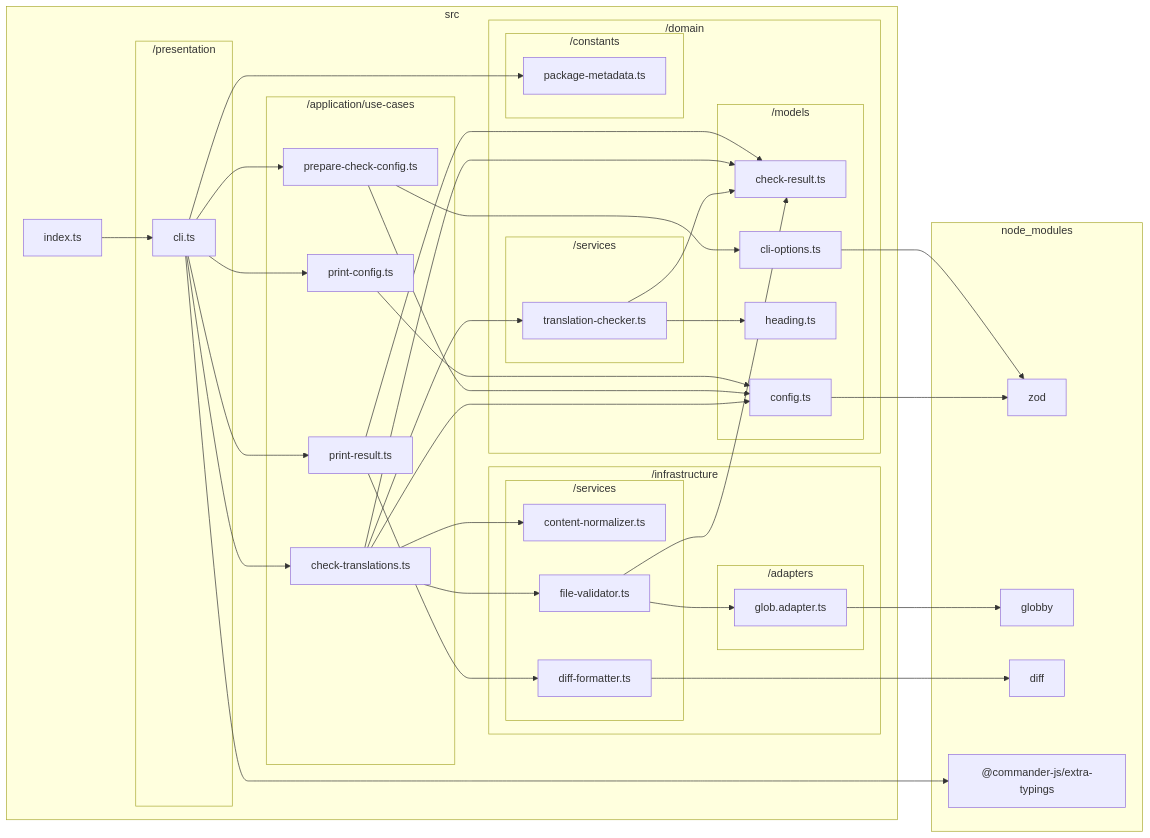
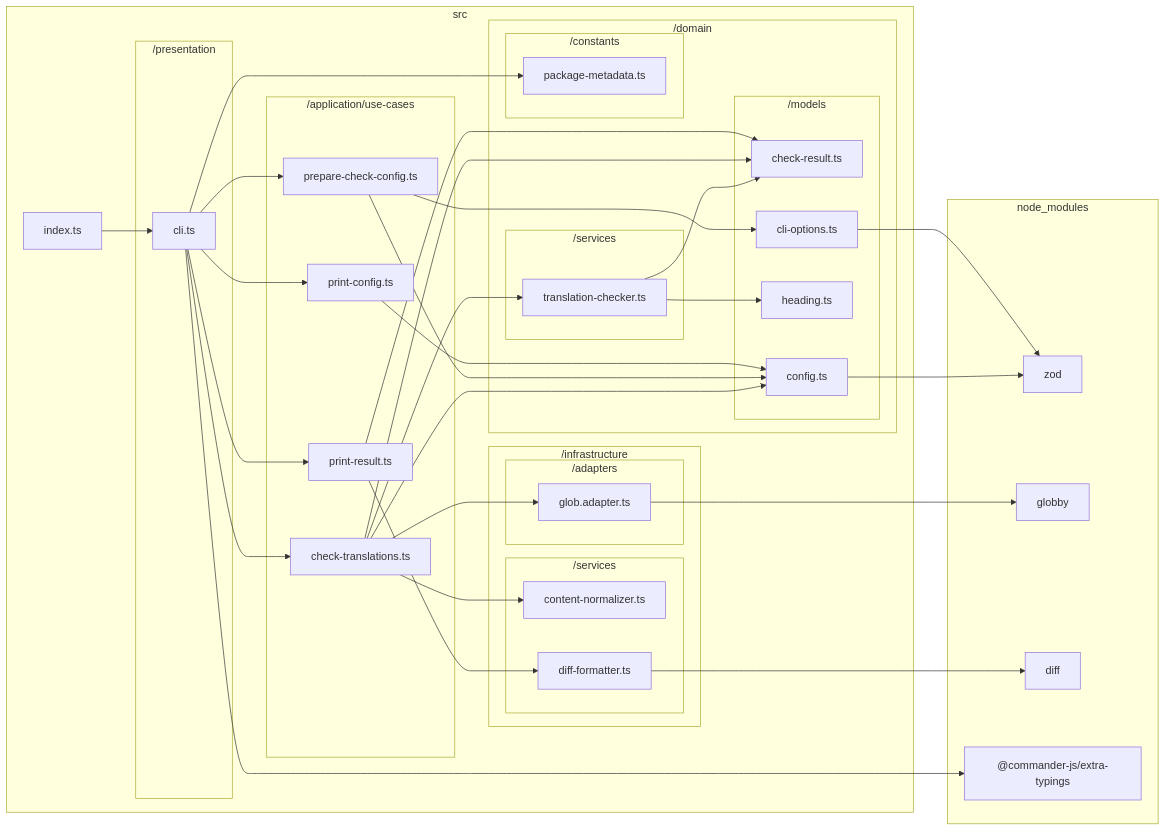
The diagram in docs/reports/dependencies/deps-graph.md (sugurutakahashi-1234/readme-i18n-sentinel), drawn with Mermaid before and after one commit. The commit also changed 10 other files, not shown here.

````diff
--- a/docs/reports/dependencies/deps-graph.md
+++ b/docs/reports/dependencies/deps-graph.md
@@ -7,70 +7,67 @@
 ```mermaid
 flowchart LR
     subgraph src["src"]
         src/index.ts["index.ts"]
         subgraph src/domain["/domain"]
             subgraph src/domain/models["/models"]
                 src/domain/models/check//result.ts["check-result.ts"]
                 src/domain/models/config.ts["config.ts"]
                 src/domain/models/heading.ts["heading.ts"]
                 src/domain/models/cli//options.ts["cli-options.ts"]
             end
             subgraph src/domain/services["/services"]
                 src/domain/services/translation//checker.ts["translation-checker.ts"]
             end
             subgraph src/domain/constants["/constants"]
                 src/domain/constants/package//metadata.ts["package-metadata.ts"]
             end
         end
         subgraph src/infrastructure["/infrastructure"]
+            subgraph src/infrastructure/adapters["/adapters"]
+                src/infrastructure/adapters/glob.adapter.ts["glob.adapter.ts"]
+            end
             subgraph src/infrastructure/services["/services"]
                 src/infrastructure/services/content//normalizer.ts["content-normalizer.ts"]
-                src/infrastructure/services/file//validator.ts["file-validator.ts"]
                 src/infrastructure/services/diff//formatter.ts["diff-formatter.ts"]
-            end
-            subgraph src/infrastructure/adapters["/adapters"]
-                src/infrastructure/adapters/glob.adapter.ts["glob.adapter.ts"]
             end
         end
         subgraph src/application/use//cases["/application/use-cases"]
             src/application/use//cases/check//translations.ts["check-translations.ts"]
             src/application/use//cases/prepare//check//config.ts["prepare-check-config.ts"]
             src/application/use//cases/print//config.ts["print-config.ts"]
             src/application/use//cases/print//result.ts["print-result.ts"]
         end
         subgraph src/presentation["/presentation"]
             src/presentation/cli.ts["cli.ts"]
         end
     end
     subgraph node//modules["node_modules"]
         node//modules/zod/index.d.cts["zod"]
         node//modules/globby/index.d.ts["globby"]
         node//modules/diff/libcjs/index.d.ts["diff"]
         node//modules///commander//js/extra//typings/index.d.ts["@commander-js/extra-typings"]
     end
     src/domain/models/config.ts-->node//modules/zod/index.d.cts
     src/domain/services/translation//checker.ts-->src/domain/models/check//result.ts
     src/domain/services/translation//checker.ts-->src/domain/models/heading.ts
     src/infrastructure/adapters/glob.adapter.ts-->node//modules/globby/index.d.ts
-    src/infrastructure/services/file//validator.ts-->src/domain/models/check//result.ts
-    src/infrastructure/services/file//validator.ts-->src/infrastructure/adapters/glob.adapter.ts
     src/application/use//cases/check//translations.ts-->src/domain/models/check//result.ts
     src/application/use//cases/check//translations.ts-->src/domain/models/config.ts
     src/application/use//cases/check//translations.ts-->src/domain/services/translation//checker.ts
+    src/application/use//cases/check//translations.ts-->src/infrastructure/adapters/glob.adapter.ts
     src/application/use//cases/check//translations.ts-->src/infrastructure/services/content//normalizer.ts
-    src/application/use//cases/check//translations.ts-->src/infrastructure/services/file//validator.ts
     src/domain/models/cli//options.ts-->node//modules/zod/index.d.cts
     src/application/use//cases/prepare//check//config.ts-->src/domain/models/cli//options.ts
     src/application/use//cases/prepare//check//config.ts-->src/domain/models/config.ts
     src/application/use//cases/print//config.ts-->src/domain/models/config.ts
     src/infrastructure/services/diff//formatter.ts-->node//modules/diff/libcjs/index.d.ts
     src/application/use//cases/print//result.ts-->src/domain/models/check//result.ts
     src/application/use//cases/print//result.ts-->src/infrastructure/services/diff//formatter.ts
     src/presentation/cli.ts-->node//modules///commander//js/extra//typings/index.d.ts
     src/presentation/cli.ts-->src/application/use//cases/check//translations.ts
     src/presentation/cli.ts-->src/application/use//cases/prepare//check//config.ts
     src/presentation/cli.ts-->src/application/use//cases/print//config.ts
     src/presentation/cli.ts-->src/application/use//cases/print//result.ts
     src/presentation/cli.ts-->src/domain/constants/package//metadata.ts
     src/index.ts-->src/presentation/cli.ts
 ```
````
